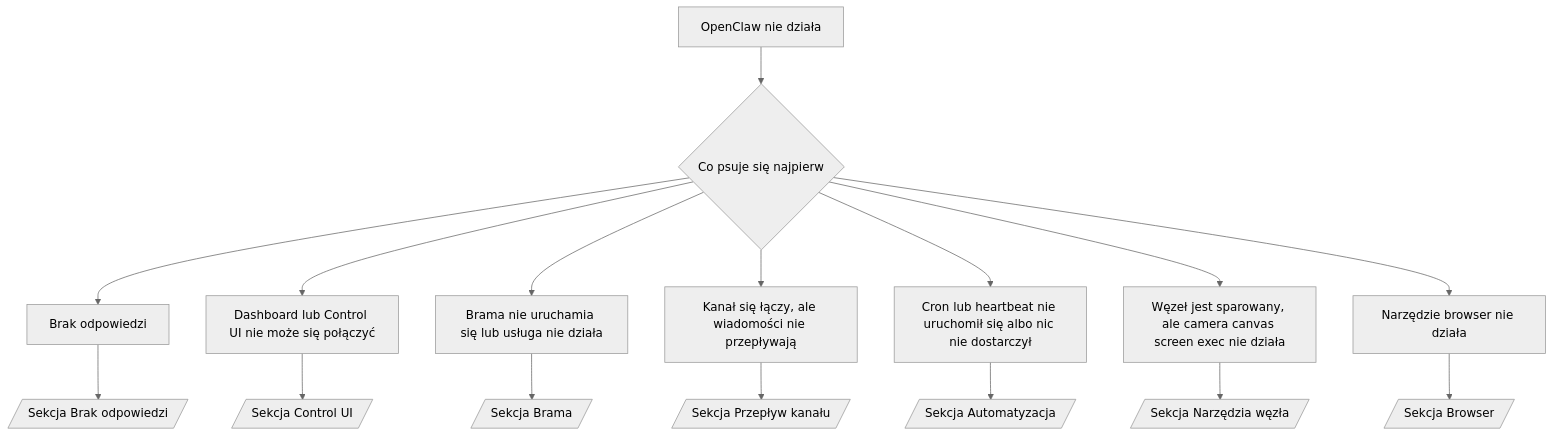
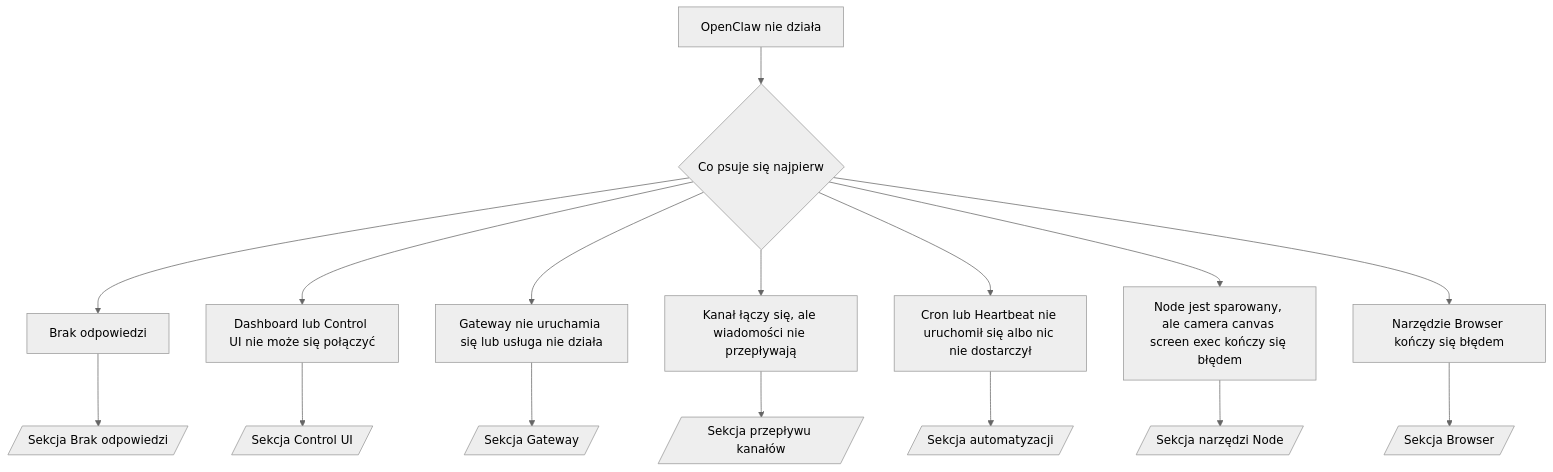
One commit to daichangya/openclaw-docs changed the diagram in docs/pl/help/troubleshooting.md. Above: the diagram before and after it, drawn with Mermaid (neutral theme). The commit also changed other lines of this file and 11 other files, not shown here.

````diff
--- a/docs/pl/help/troubleshooting.md
+++ b/docs/pl/help/troubleshooting.md
@@ -94,19 +94,19 @@
 ```mermaid
 flowchart TD
   A[OpenClaw nie działa] --> B{Co psuje się najpierw}
   B --> C[Brak odpowiedzi]
   B --> D[Dashboard lub Control UI nie może się połączyć]
-  B --> E[Brama nie uruchamia się lub usługa nie działa]
-  B --> F[Kanał się łączy, ale wiadomości nie przepływają]
-  B --> G[Cron lub heartbeat nie uruchomił się albo nic nie dostarczył]
-  B --> H[Węzeł jest sparowany, ale camera canvas screen exec nie działa]
-  B --> I[Narzędzie browser nie działa]
+  B --> E[Gateway nie uruchamia się lub usługa nie działa]
+  B --> F[Kanał łączy się, ale wiadomości nie przepływają]
+  B --> G[Cron lub Heartbeat nie uruchomił się albo nic nie dostarczył]
+  B --> H[Node jest sparowany, ale camera canvas screen exec kończy się błędem]
+  B --> I[Narzędzie Browser kończy się błędem]
 
   C --> C1[/Sekcja Brak odpowiedzi/]
   D --> D1[/Sekcja Control UI/]
-  E --> E1[/Sekcja Brama/]
-  F --> F1[/Sekcja Przepływ kanału/]
-  G --> G1[/Sekcja Automatyzacja/]
-  H --> H1[/Sekcja Narzędzia węzła/]
+  E --> E1[/Sekcja Gateway/]
+  F --> F1[/Sekcja przepływu kanałów/]
+  G --> G1[/Sekcja automatyzacji/]
+  H --> H1[/Sekcja narzędzi Node/]
   I --> I1[/Sekcja Browser/]
 ```
````
